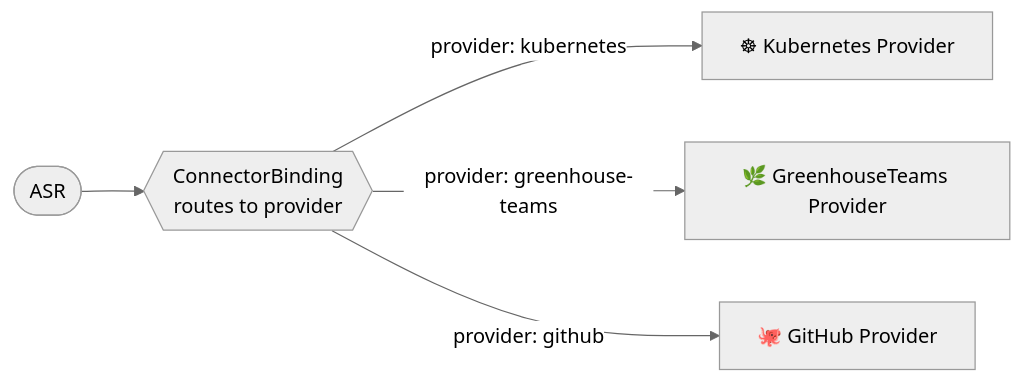
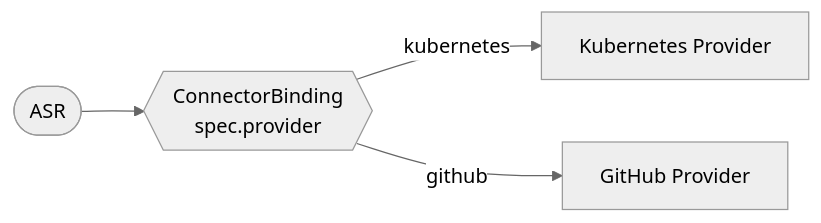
One commit to cloudoperators/permission-manager changed the second of 5 diagrams in docs/reconciler-flows.md. Above: the diagram before and after it, drawn with Mermaid (neutral theme). The commit also changed other lines of this file and 2 other files, not shown here.

First line of the commit message:
docs(provider/k8s): refresh reconciler-flows and fix drift after kubebuilder refactor (#89)

````diff
--- a/docs/reconciler-flows.md
+++ b/docs/reconciler-flows.md
@@ -50,12 +102,10 @@
 ```mermaid
 flowchart LR
-    ASR([ASR]) --> CB{{"ConnectorBinding<br/>routes to provider"}}
+    ASR([ASR]) --> CB{{"ConnectorBinding<br/>spec.provider"}}
 
-    CB -->|"provider: kubernetes"| K8S["☸ Kubernetes Provider"]
-    CB -->|"provider: greenhouse-teams"| GH["🌿 GreenhouseTeams Provider"]
-    CB -->|"provider: github"| GIT["🐙 GitHub Provider"]
+    CB -->|"kubernetes"| K8S["Kubernetes Provider"]
+    CB -->|"github"| GIT["GitHub Provider"]
 
-    click K8S "https://github.com/cloudoperators/permission-manager/blob/main/controller/internal/controller/kubernetes/reconciler.go" "Kubernetes reconciler entry point"
-    click GH "https://github.com/cloudoperators/permission-manager/blob/main/controller/internal/controller/greenhouseteams/reconciler.go" "GreenhouseTeams reconciler entry point"
-    click GIT "https://github.com/cloudoperators/permission-manager/blob/main/controller/internal/controller/github/reconciler.go" "GitHub reconciler entry point"
+    click K8S "https://github.com/cloudoperators/permission-manager/blob/main/internal/provider/k8s/phases.go" "Kubernetes provider Phase"
+    click GIT "https://github.com/cloudoperators/permission-manager/blob/main/internal/provider/github/phase.go" "GitHub provider Phase"
 ```
````
